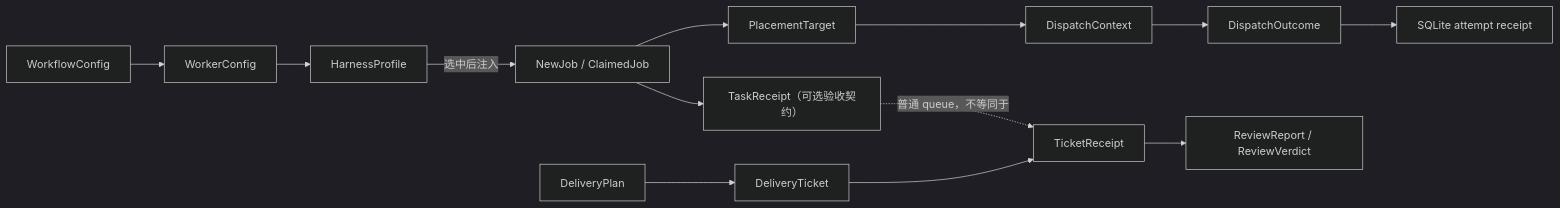
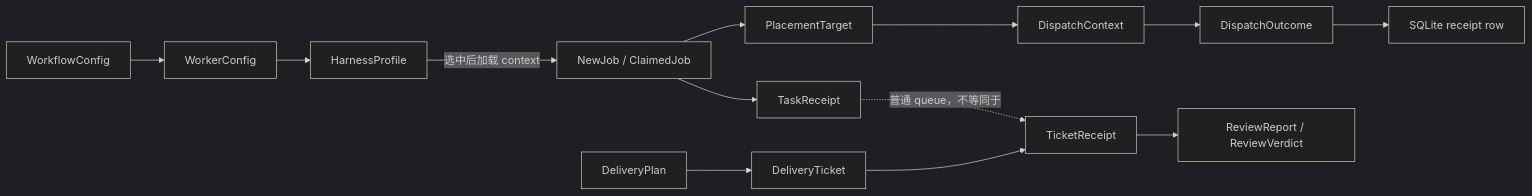
Before and after one commit to oldwinter/herdr-orchestrator: the diagram in droid-wiki/primitives/index.md, drawn with Mermaid (dark theme). The commit also changed other lines of this file and 62 other files, not shown here.

````diff
--- a/droid-wiki/primitives/index.md
+++ b/droid-wiki/primitives/index.md
@@ -19,17 +17,17 @@
 ```mermaid
 flowchart LR
     Workflow["WorkflowConfig"] --> Worker["WorkerConfig"]
     Worker --> Profile["HarnessProfile"]
-    Profile -->|选中后注入| Job["NewJob / ClaimedJob"]
+    Profile -->|选中后加载 context| Job["NewJob / ClaimedJob"]
     Job --> Placement["PlacementTarget"]
-    Job --> Contract["TaskReceipt（可选验收契约）"]
+    Job --> Contract["TaskReceipt"]
     Placement --> Dispatch["DispatchContext"]
     Dispatch --> Outcome["DispatchOutcome"]
-    Outcome --> Attempt["SQLite attempt receipt"]
+    Outcome --> Attempt["SQLite receipt row"]
 
     Plan["DeliveryPlan"] --> Ticket["DeliveryTicket"]
-    Ticket --> TicketReceipt["TicketReceipt"]
-    TicketReceipt --> Review["ReviewReport / ReviewVerdict"]
+    Ticket --> DeliveryReceipt["TicketReceipt"]
+    DeliveryReceipt --> Review["ReviewReport / ReviewVerdict"]
 
-    Contract -. 普通 queue，不等同于 .-> TicketReceipt
+    Contract -. 普通 queue，不等同于 .-> DeliveryReceipt
 ```
````
